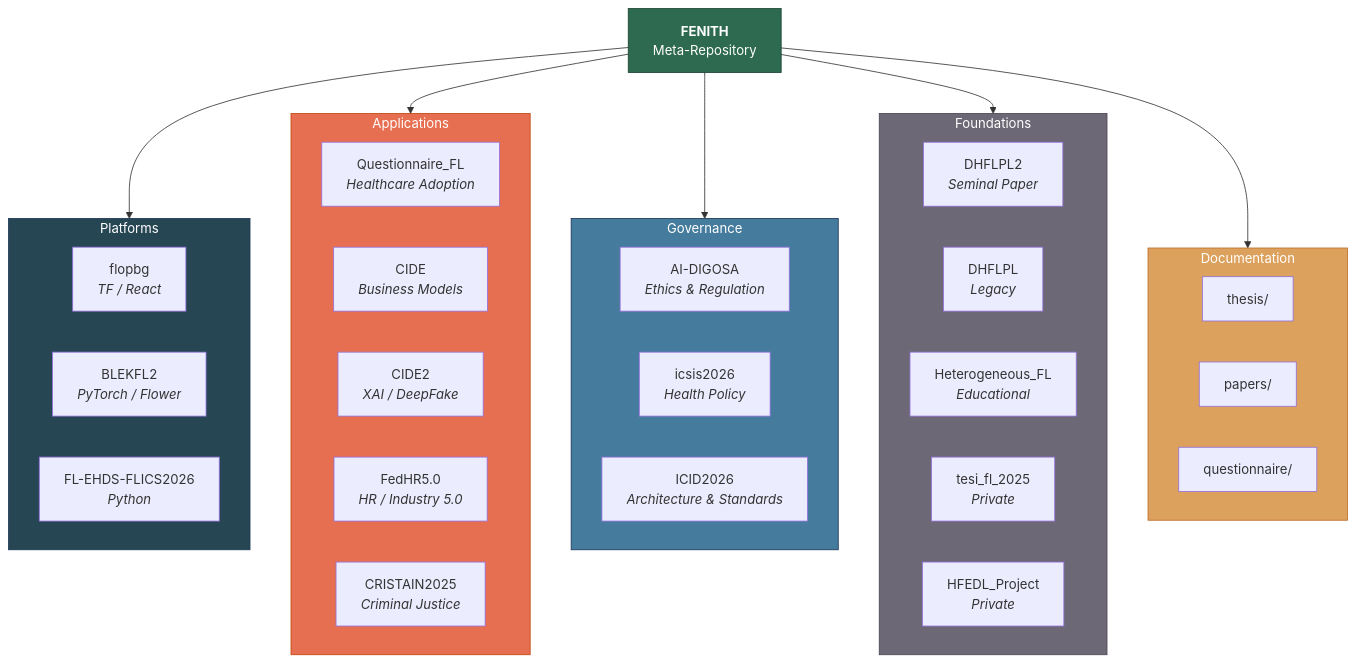
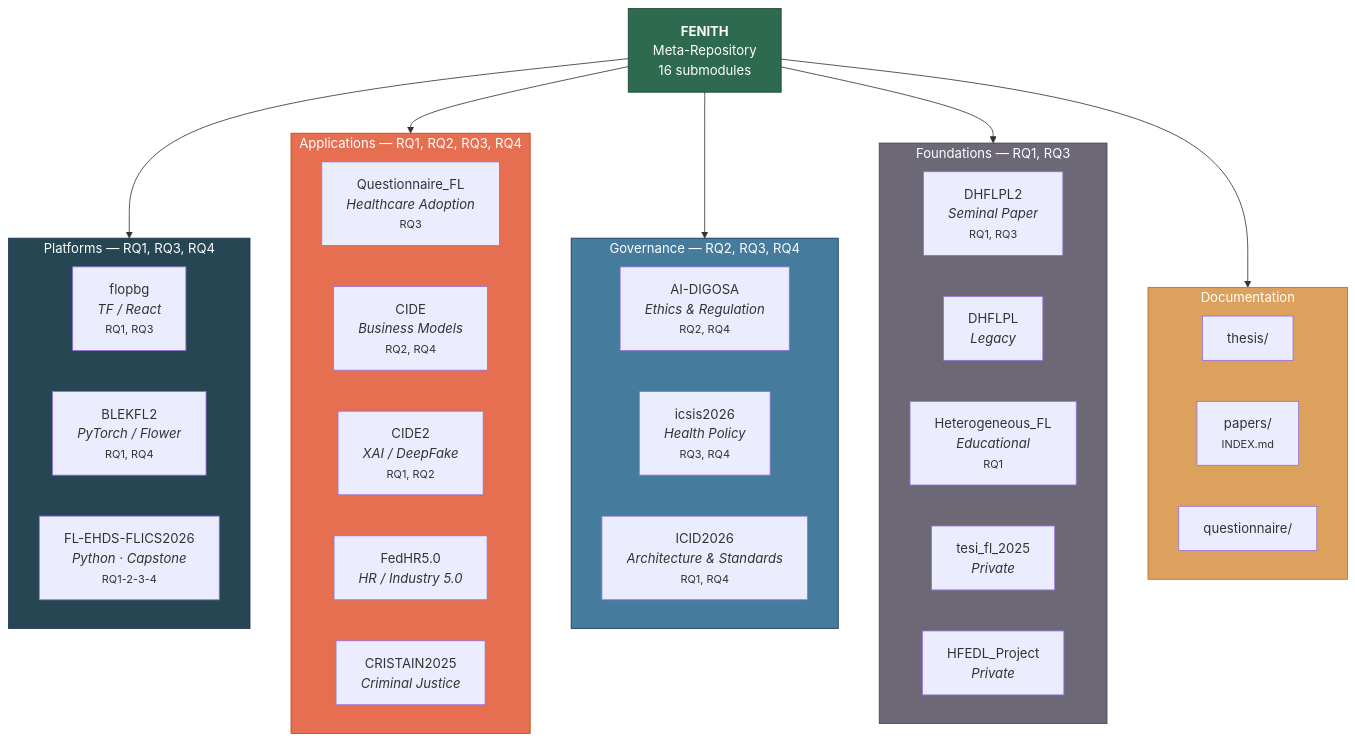
Before and after one commit to FabioLiberti/FENITH2: the diagram in docs/architecture.md, drawn with Mermaid. The commit also changed 5 other files, not shown here.

First line of the commit message:
v0.5.0 RQ mapping, GitHub Pages, and architecture update

````diff
--- a/docs/architecture.md
+++ b/docs/architecture.md
@@ -3,56 +3,56 @@
 ```mermaid
 graph TB
-    FENITH["<b>FENITH</b><br/>Meta-Repository"]
+    FENITH["<b>FENITH</b><br/>Meta-Repository<br/>16 submodules"]
 
-    subgraph Platforms["Platforms"]
+    subgraph Platforms["Platforms — RQ1, RQ3, RQ4"]
         direction LR
-        P1["flopbg<br/><i>TF / React</i>"]
-        P2["BLEKFL2<br/><i>PyTorch / Flower</i>"]
-        P3["FL-EHDS-FLICS2026<br/><i>Python</i>"]
+        P1["flopbg<br/><i>TF / React</i><br/><small>RQ1, RQ3</small>"]
+        P2["BLEKFL2<br/><i>PyTorch / Flower</i><br/><small>RQ1, RQ4</small>"]
+        P3["FL-EHDS-FLICS2026<br/><i>Python · Capstone</i><br/><small>RQ1-2-3-4</small>"]
     end
 
-    subgraph Applications["Applications"]
+    subgraph Applications["Applications — RQ1, RQ2, RQ3, RQ4"]
         direction LR
-        A1["Questionnaire_FL<br/><i>Healthcare Adoption</i>"]
-        A2["CIDE<br/><i>Business Models</i>"]
-        A3["CIDE2<br/><i>XAI / DeepFake</i>"]
+        A1["Questionnaire_FL<br/><i>Healthcare Adoption</i><br/><small>RQ3</small>"]
+        A2["CIDE<br/><i>Business Models</i><br/><small>RQ2, RQ4</small>"]
+        A3["CIDE2<br/><i>XAI / DeepFake</i><br/><small>RQ1, RQ2</small>"]
         A4["FedHR5.0<br/><i>HR / Industry 5.0</i>"]
         A5["CRISTAIN2025<br/><i>Criminal Justice</i>"]
     end
 
-    subgraph Governance["Governance"]
+    subgraph Governance["Governance — RQ2, RQ3, RQ4"]
         direction LR
-        G1["AI-DIGOSA<br/><i>Ethics & Regulation</i>"]
-        G2["icsis2026<br/><i>Health Policy</i>"]
-        G3["ICID2026<br/><i>Architecture & Standards</i>"]
+        G1["AI-DIGOSA<br/><i>Ethics & Regulation</i><br/><small>RQ2, RQ4</small>"]
+        G2["icsis2026<br/><i>Health Policy</i><br/><small>RQ3, RQ4</small>"]
+        G3["ICID2026<br/><i>Architecture & Standards</i><br/><small>RQ1, RQ4</small>"]
     end
 
-    subgraph Foundations["Foundations"]
+    subgraph Foundations["Foundations — RQ1, RQ3"]
         direction LR
-        F1["DHFLPL2<br/><i>Seminal Paper</i>"]
+        F1["DHFLPL2<br/><i>Seminal Paper</i><br/><small>RQ1, RQ3</small>"]
         F2["DHFLPL<br/><i>Legacy</i>"]
-        F3["Heterogeneous_FL<br/><i>Educational</i>"]
+        F3["Heterogeneous_FL<br/><i>Educational</i><br/><small>RQ1</small>"]
         F4["tesi_fl_2025<br/><i>Private</i>"]
         F5["HFEDL_Project<br/><i>Private</i>"]
     end
 
     subgraph Docs["Documentation"]
         direction LR
         D1["thesis/"]
-        D2["papers/"]
+        D2["papers/<br/><small>INDEX.md</small>"]
         D3["questionnaire/"]
     end
 
     FENITH --> Platforms
     FENITH --> Applications
     FENITH --> Governance
     FENITH --> Foundations
     FENITH --> Docs
 
     style FENITH fill:#2d6a4f,stroke:#1b4332,color:#fff
     style Platforms fill:#264653,stroke:#1d3557,color:#fff
     style Applications fill:#e76f51,stroke:#c1440e,color:#fff
     style Governance fill:#457b9d,stroke:#1d3557,color:#fff
     style Foundations fill:#6d6875,stroke:#4a4453,color:#fff
     style Docs fill:#dda15e,stroke:#bc6c25,color:#fff
 ```
````
